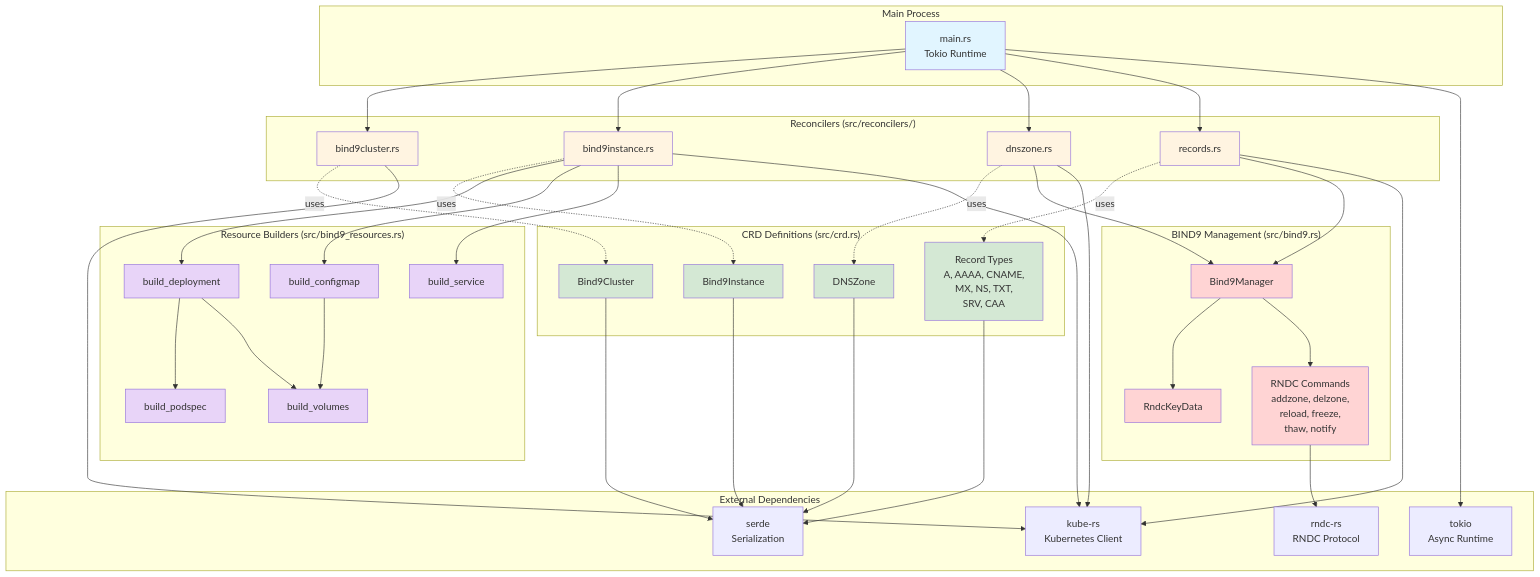
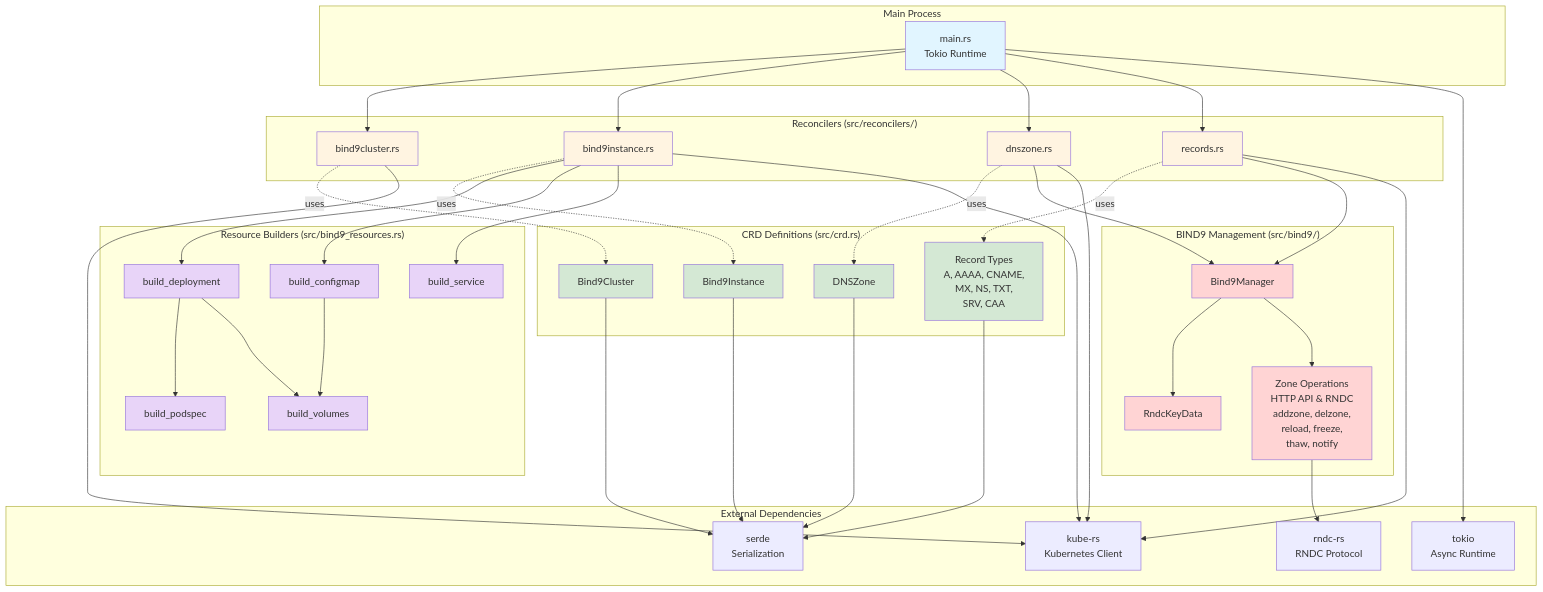
The second of 8 diagrams in docs/src/concepts/architecture-diagrams.md (firestoned/bindy), drawn with Mermaid before and after one commit. The commit also changed 59 other files, not shown here.

```diff
--- a/docs/src/concepts/architecture-diagrams.md
+++ b/docs/src/concepts/architecture-diagrams.md
@@ -147,10 +147,10 @@
         RECON_REC[records.rs]
     end
 
-    subgraph "BIND9 Management (src/bind9.rs)"
+    subgraph "BIND9 Management (src/bind9/)"
         BM_MGR[Bind9Manager]
         BM_KEY[RndcKeyData]
-        BM_CMD[RNDC Commands<br/>addzone, delzone,<br/>reload, freeze,<br/>thaw, notify]
+        BM_CMD[Zone Operations<br/>HTTP API & RNDC<br/>addzone, delzone,<br/>reload, freeze,<br/>thaw, notify]
     end
 
     subgraph "Resource Builders (src/bind9_resources.rs)"
```
